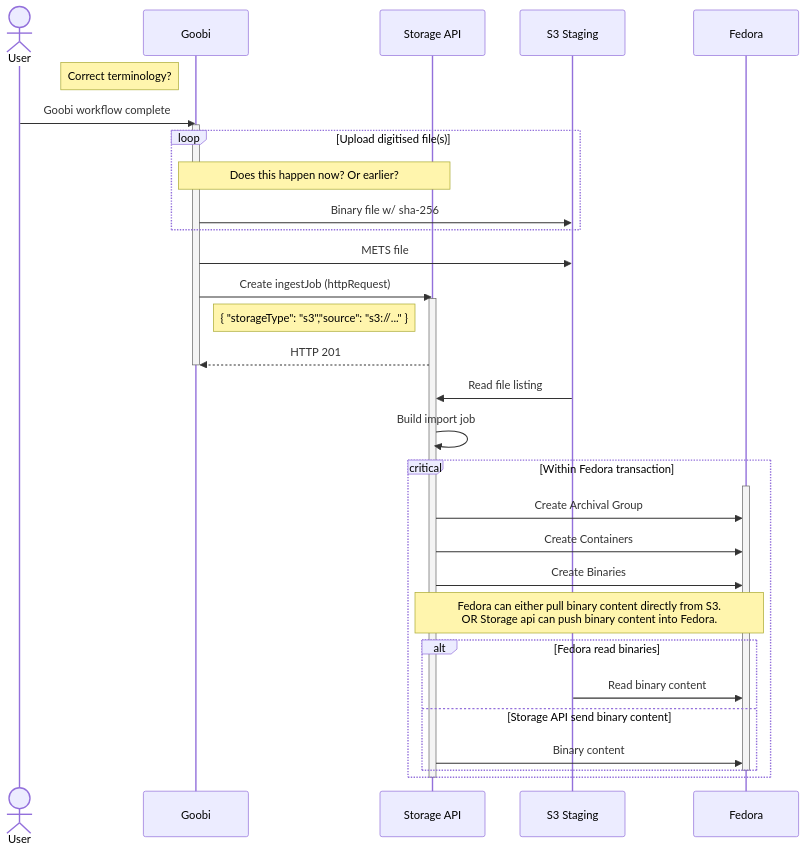
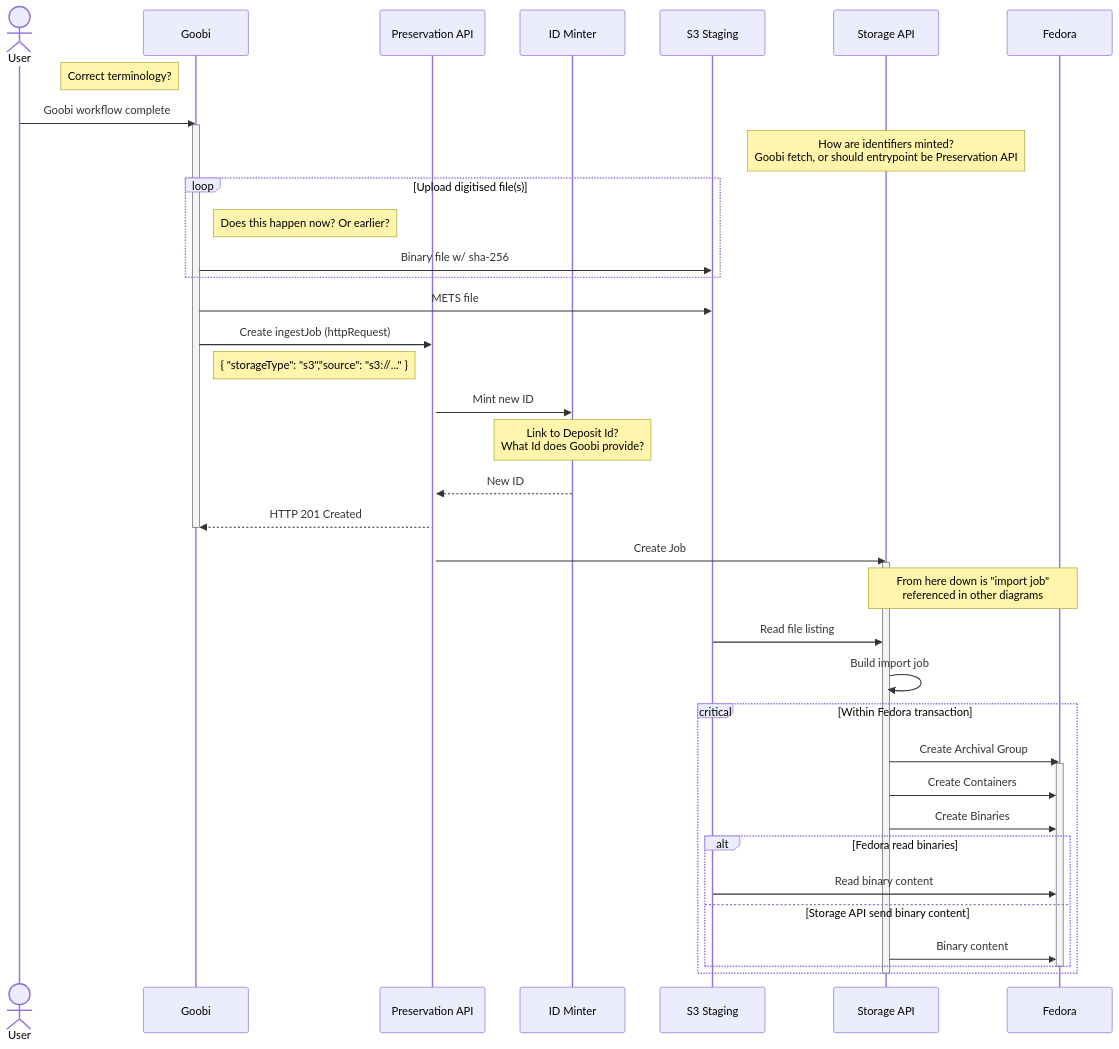
The first of 3 diagrams in sequence-diagrams/goobi_api_interaction.md (digirati-co-uk/digital-preservation-docs), drawn with Mermaid before and after one commit. The commit also changed other lines of this file, not shown here.

Commit message:
Tweaks to goobi diagrams

````diff
--- a/sequence-diagrams/goobi_api_interaction.md
+++ b/sequence-diagrams/goobi_api_interaction.md
@@ -34,38 +27,46 @@
 ```mermaid
 sequenceDiagram
   actor User
   participant G as Goobi
+  participant P as Preservation API
+  participant ID as ID Minter
+  participant S3 as S3 Staging
   participant S as Storage API
-  participant S3 as S3 Staging
   participant F as Fedora
 
   note left of G:Correct terminology?
   User->>G: Goobi workflow complete
   activate G
+  note over S: How are identifiers minted?<br>Goobi fetch, or should entrypoint be Preservation API
   loop Upload digitised file(s)
-    note over G,S: Does this happen now? Or earlier?
+    note right of G: Does this happen now? Or earlier?
     G->>S3: Binary file w/ sha-256
   end
   G->>S3: METS file
-  G->>S: Create ingestJob (httpRequest)
+  G->>P: Create ingestJob (httpRequest)  
+  activate P
+  note left of P: { "storageType": "s3","source": "s3://..." }
+  P->>ID: Mint new ID
+  note over ID: Link to Deposit Id?<br>What Id does Goobi provide?
+  ID-->>P: New ID
+  P-->>G: HTTP 201 Created
+  deactivate G
+  P->>S:Create Job
   activate S
-  note left of S: { "storageType": "s3","source": "s3://..." }
-  S-->>G: HTTP 201
-  deactivate G
+  note over S,F: From here down is "import job"<br>referenced in other diagrams
   S3->>S: Read file listing
   S->>S: Build import job
   critical Within Fedora transaction
+    S->>F: Create Archival Group
     activate F
-    S->>F: Create Archival Group
     S->>F: Create Containers
     S->>F: Create Binaries
-    note over S,F: Fedora can either pull binary content directly from S3.<br>OR Storage api can push binary content into Fedora.
     alt Fedora read binaries      
       S3->>F: Read binary content  
     else Storage API send binary content
       S->>F:Binary content
     end    
     deactivate F
   end
   deactivate S
 ```
````
